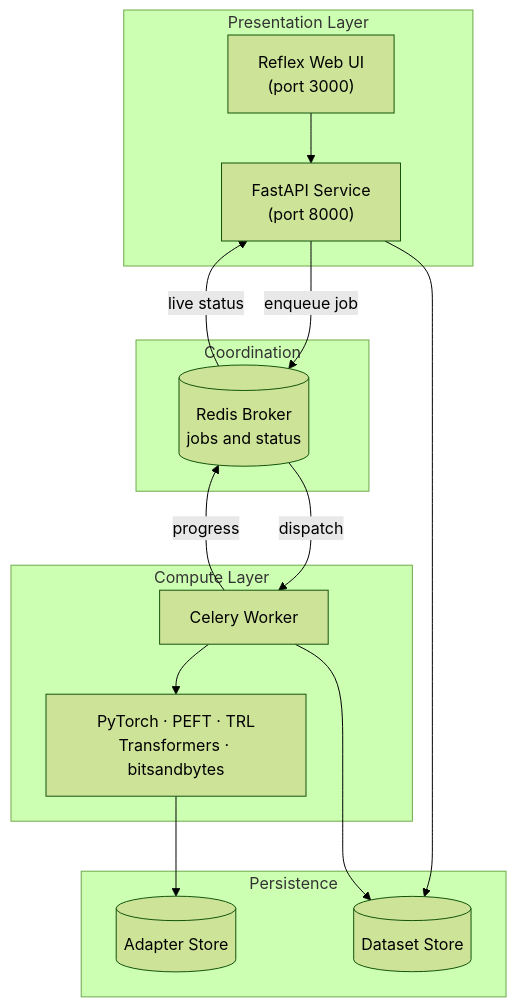
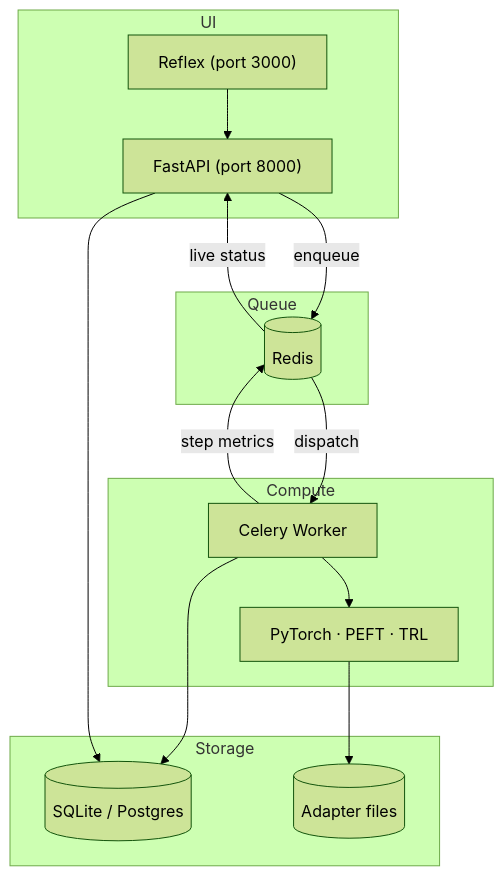
One commit to SahilKumar75/TuneOS changed the diagram in README.md. Above: the diagram before and after it, drawn with Mermaid (forest theme). The commit also changed other lines of this file, not shown here.

````diff
--- a/README.md
+++ b/README.md
@@ -67,31 +34,28 @@
 ```mermaid
 flowchart TB
-    subgraph Client["Presentation Layer"]
-        UI["Reflex Web UI<br/>(port 3000)"]
-        API["FastAPI Service<br/>(port 8000)"]
+    subgraph Client["UI"]
+        UI["Reflex (port 3000)"]
+        API["FastAPI (port 8000)"]
     end
-
-    subgraph Queue["Coordination"]
-        REDIS[("Redis Broker<br/>jobs and status")]
+    subgraph Queue
+        REDIS[("Redis")]
     end
-
-    subgraph Compute["Compute Layer"]
+    subgraph Compute
         WORKER["Celery Worker"]
-        STACK["PyTorch · PEFT · TRL<br/>Transformers · bitsandbytes"]
+        STACK["PyTorch · PEFT · TRL"]
     end
-
-    subgraph Storage["Persistence"]
-        ADAPTERS[("Adapter Store")]
-        DATASETS[("Dataset Store")]
+    subgraph Storage
+        DB[("SQLite / Postgres")]
+        ADAPTERS[("Adapter files")]
     end
 
     UI --> API
-    API -- enqueue job --> REDIS
+    API -- enqueue --> REDIS
     REDIS -- dispatch --> WORKER
     WORKER --> STACK
-    WORKER -- progress --> REDIS
+    WORKER -- step metrics --> REDIS
     REDIS -- live status --> API
     STACK --> ADAPTERS
-    API --> DATASETS
-    WORKER --> DATASETS
+    WORKER --> DB
+    API --> DB
 ```
````
